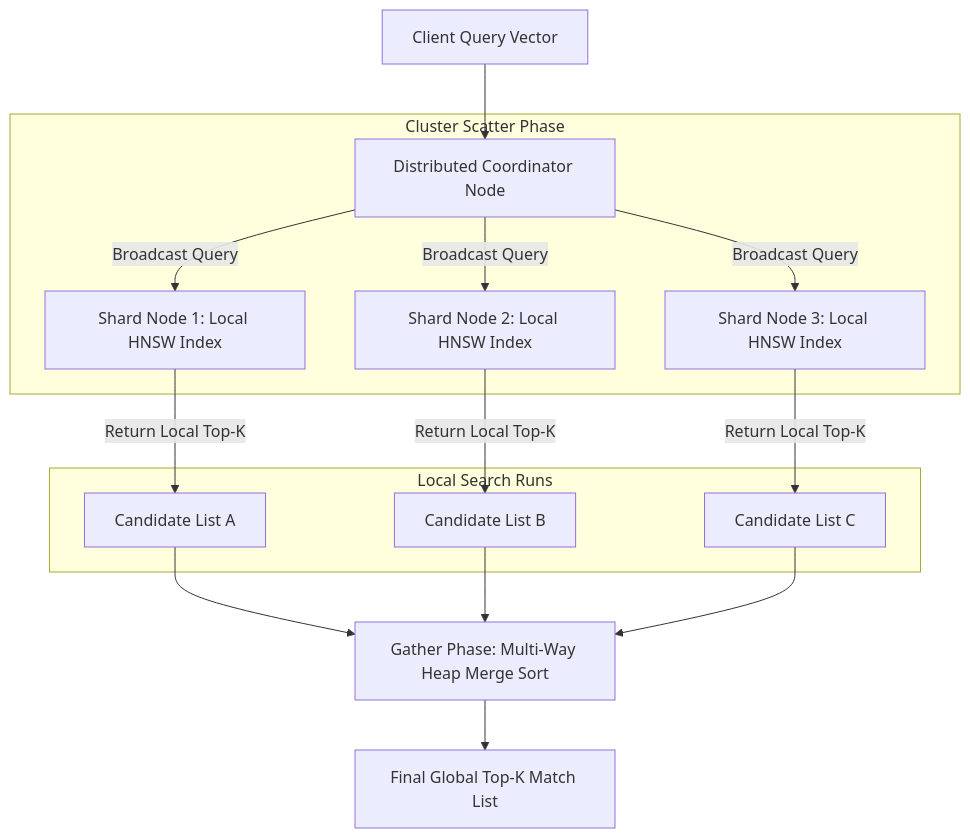
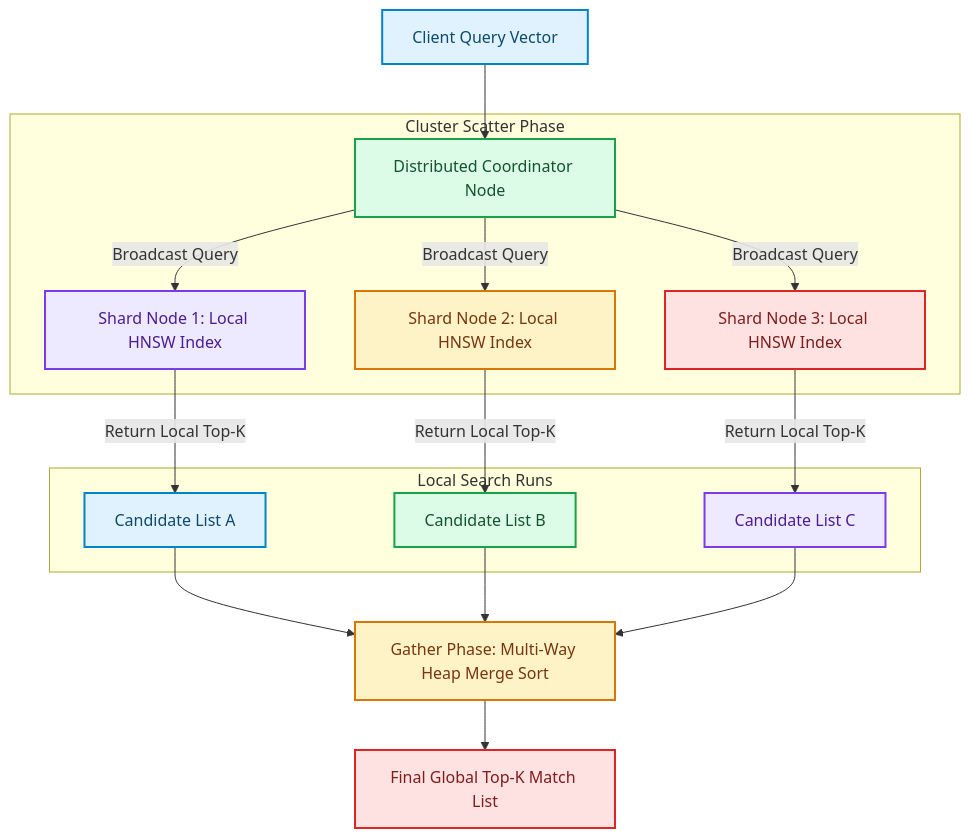
Before and after one commit to akmalkhaniub/akmalkhaniub.github.io: the diagram in blog/posts/distributed-vector-routing-sharding-query-merging-multi-node-indexes.md, drawn with Mermaid. The commit also changed other lines of this file and 1291 other files, not shown here.

First line of the commit message:
feat(catalog): unique covers, scholarly references, and diagram palettes

````diff
--- a/blog/posts/distributed-vector-routing-sharding-query-merging-multi-node-indexes.md
+++ b/blog/posts/distributed-vector-routing-sharding-query-merging-multi-node-indexes.md
@@ -17,22 +17,33 @@
 ```mermaid
 flowchart TD
-  A[Client Query Vector] --> B[Distributed Coordinator Node]
+  A["Client Query Vector"] --> B["Distributed Coordinator Node"]
   
   subgraph SG1_ClusterScatterPhase ["Cluster Scatter Phase"]
-    B -->|Broadcast Query| C[Shard Node 1: Local HNSW Index]
-    B -->|Broadcast Query| D[Shard Node 2: Local HNSW Index]
-    B -->|Broadcast Query| E[Shard Node 3: Local HNSW Index]
+    B -->|Broadcast Query| C["Shard Node 1: Local HNSW Index"]
+    B -->|Broadcast Query| D["Shard Node 2: Local HNSW Index"]
+    B -->|Broadcast Query| E["Shard Node 3: Local HNSW Index"]
   end
   
   subgraph SG2_LocalSearchRuns ["Local Search Runs"]
-    C -->|Return Local Top-K| F[Candidate List A]
-    D -->|Return Local Top-K| G[Candidate List B]
-    E -->|Return Local Top-K| H[Candidate List C]
+    C -->|Return Local Top-K| F["Candidate List A"]
+    D -->|Return Local Top-K| G["Candidate List B"]
+    E -->|Return Local Top-K| H["Candidate List C"]
   end
   
-  F --> I[Gather Phase: Multi-Way Heap Merge Sort]
+  F --> I["Gather Phase: Multi-Way Heap Merge Sort"]
   G --> I
   H --> I
   
-  I --> J[Final Global Top-K Match List]
+  I --> J["Final Global Top-K Match List"]
+
+classDef green fill:#dcfce7,stroke:#16a34a,stroke-width:2px,color:#14532d;
+classDef red fill:#fee2e2,stroke:#dc2626,stroke-width:2px,color:#7f1d1d;
+classDef blue fill:#e0f2fe,stroke:#0284c7,stroke-width:2px,color:#0c4a6e;
+classDef yellow fill:#fef3c7,stroke:#d97706,stroke-width:2px,color:#78350f;
+classDef purple fill:#ede9fe,stroke:#7c3aed,stroke-width:2px,color:#4c1d95;
+class A,F blue
+class B,G green
+class C,H purple
+class D,I yellow
+class E,J red
 ```
````
